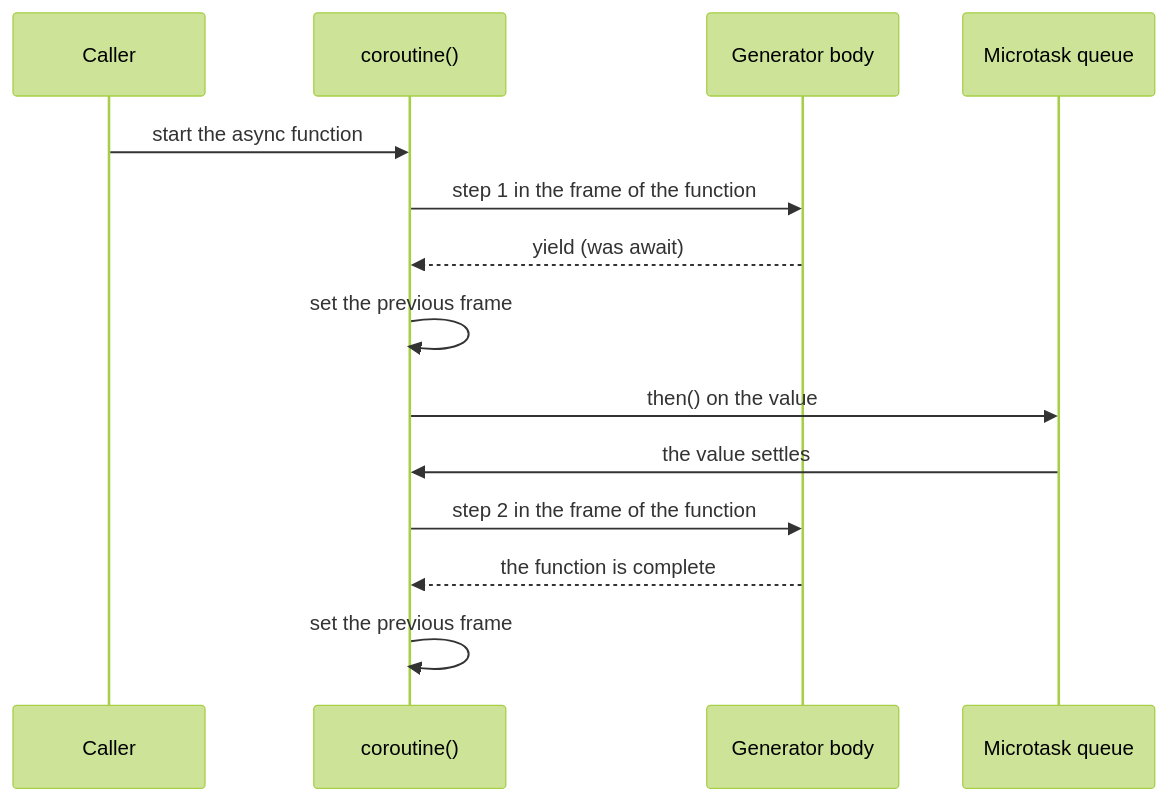
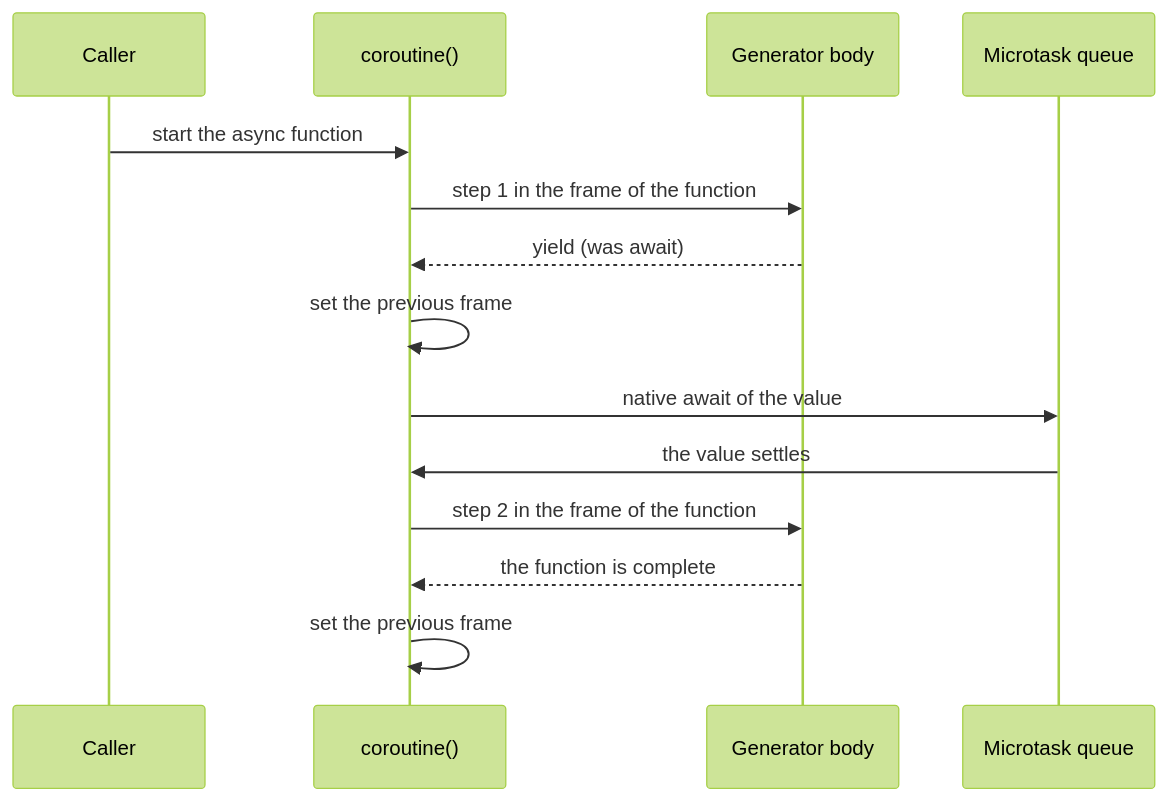
Before and after one commit to mark1russell7/AsyncBrowserContext: the second of 3 diagrams in site/content/explore/diagrams.mdx, drawn with Mermaid (forest theme). The commit also changed other lines of this file and 18 other files, not shown here.

````diff
--- a/site/content/explore/diagrams.mdx
+++ b/site/content/explore/diagrams.mdx
@@ -35,16 +37,16 @@
 ```mermaid title="One await in transformed code" caption="The coroutine sets the frame of the function before each step and sets the previous frame after the step."
 sequenceDiagram
     participant Caller
     participant Coroutine as coroutine()
     participant Body as Generator body
     participant Queue as Microtask queue
     Caller->>Coroutine: start the async function
     Coroutine->>Body: step 1 in the frame of the function
     Body-->>Coroutine: yield (was await)
     Coroutine->>Coroutine: set the previous frame
-    Coroutine->>Queue: then() on the value
+    Coroutine->>Queue: native await of the value
     Queue->>Coroutine: the value settles
     Coroutine->>Body: step 2 in the frame of the function
     Body-->>Coroutine: the function is complete
     Coroutine->>Coroutine: set the previous frame
 ```
````
